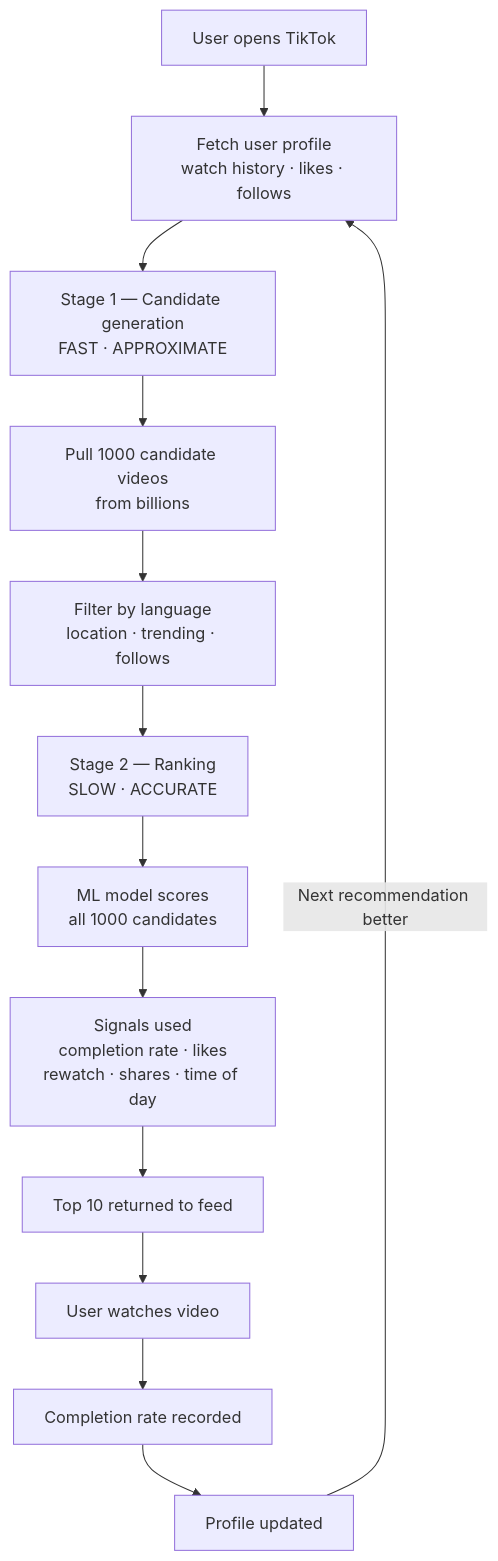
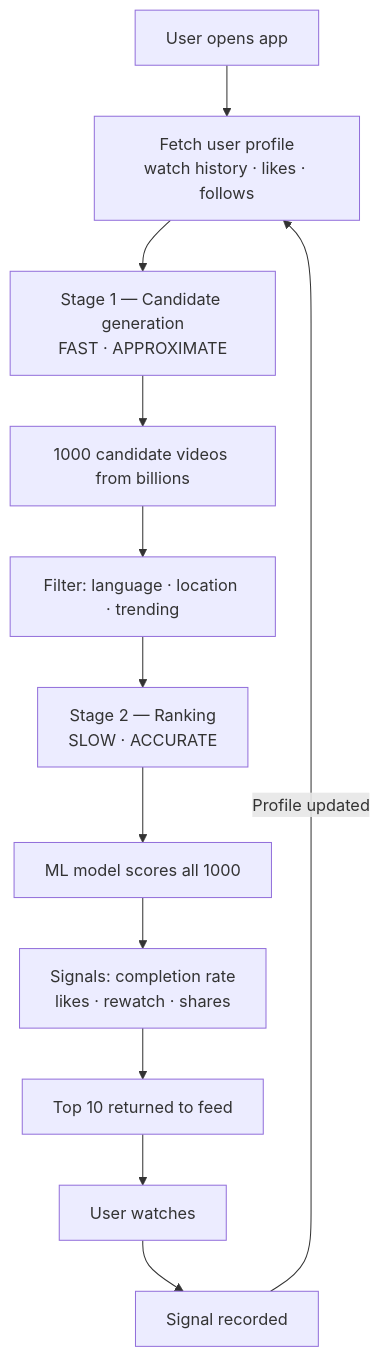
One commit to Nityaa2396/system-design-bootcamp changed the second of 4 diagrams in docs/case-studies/tiktok.md. Above: the diagram before and after it, drawn with Mermaid. The commit also changed other lines of this file, not shown here.

````diff
--- a/docs/case-studies/tiktok.md
+++ b/docs/case-studies/tiktok.md
@@ -257,18 +165,14 @@
 ```mermaid
 flowchart TD
-    A[User opens TikTok] --> B[Fetch user profile\nwatch history · likes · follows]
-
+    A[User opens app] --> B[Fetch user profile\nwatch history · likes · follows]
     B --> C[Stage 1 — Candidate generation\nFAST · APPROXIMATE]
-    C --> D[Pull 1000 candidate videos\nfrom billions]
-    D --> E[Filter by language\nlocation · trending · follows]
-
+    C --> D[1000 candidate videos from billions]
+    D --> E[Filter: language · location · trending]
     E --> F[Stage 2 — Ranking\nSLOW · ACCURATE]
-    F --> G[ML model scores\nall 1000 candidates]
-    G --> H[Signals used\ncompletion rate · likes\nrewatch · shares · time of day]
-
+    F --> G[ML model scores all 1000]
+    G --> H[Signals: completion rate\nlikes · rewatch · shares]
     H --> I[Top 10 returned to feed]
-    I --> J[User watches video]
-    J --> K[Completion rate recorded]
-    K --> L[Profile updated]
-    L -->|Next recommendation better| B
+    I --> J[User watches]
+    J --> K[Signal recorded]
+    K -->|Profile updated| B
 ```
````
